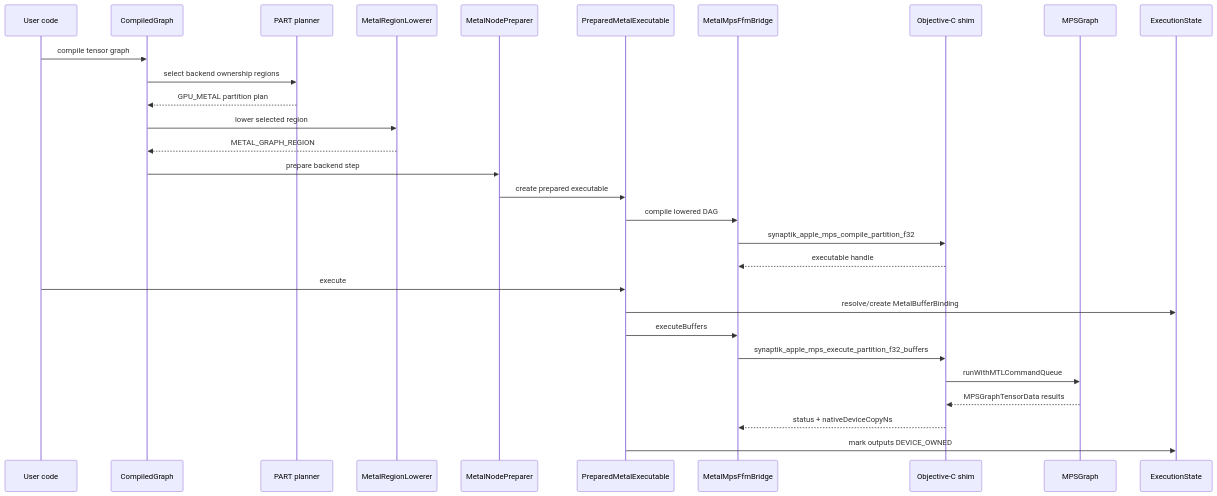
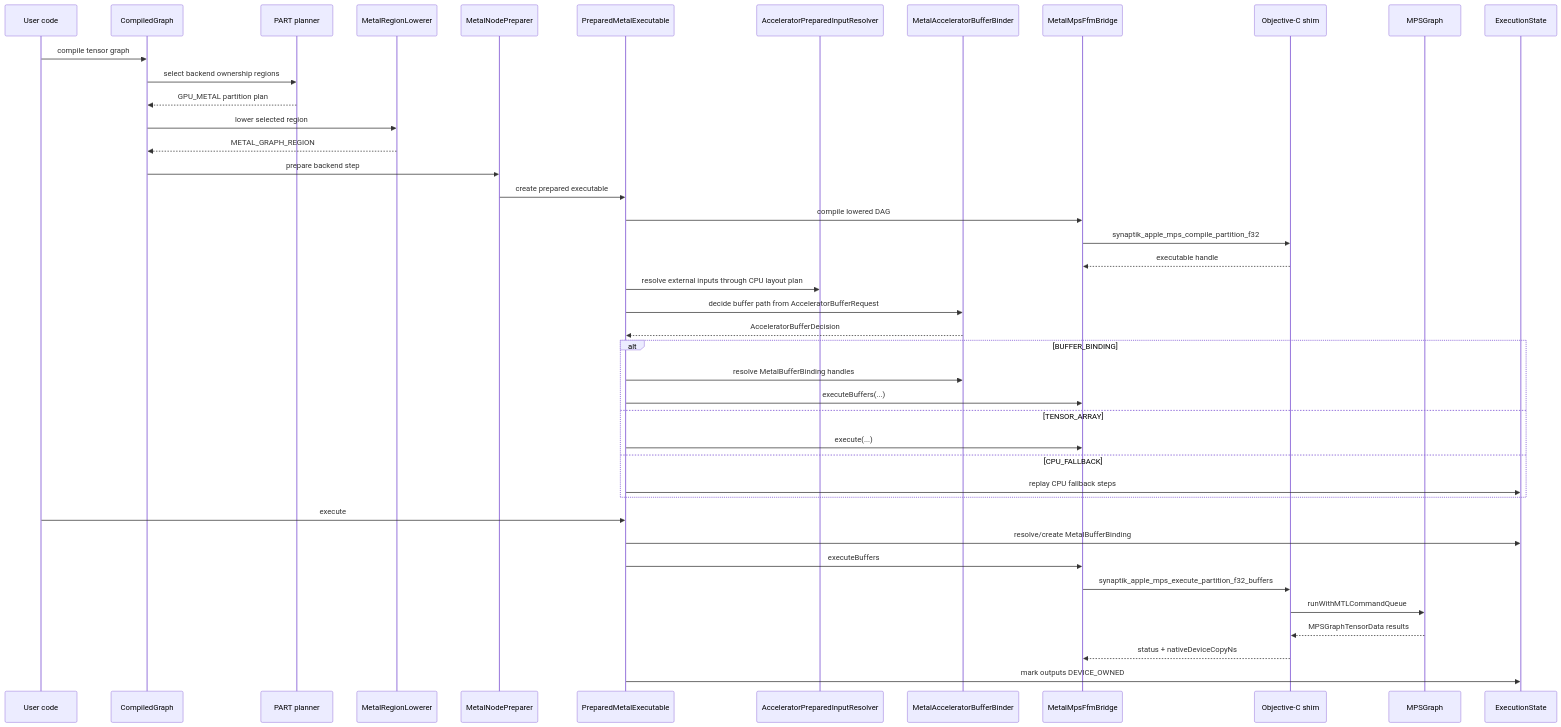
Before and after one commit to pho001/Synaptik: the second of 2 diagrams in docs/metal-backend.md, drawn with Mermaid. The commit also changed other lines of this file and 45 other files, not shown here.

Commit message:
accelerator: share buffer binding policy

````diff
--- a/docs/metal-backend.md
+++ b/docs/metal-backend.md
@@ -153,32 +158,45 @@
 ```mermaid
 sequenceDiagram
     participant U as User code
     participant CG as CompiledGraph
     participant PART as PART planner
     participant Lower as MetalRegionLowerer
     participant Prep as MetalNodePreparer
     participant PME as PreparedMetalExecutable
+    participant Resolver as AcceleratorPreparedInputResolver
+    participant Binder as MetalAcceleratorBufferBinder
     participant FFM as MetalMpsFfmBridge
     participant ObjC as Objective-C shim
     participant MPS as MPSGraph
     participant ES as ExecutionState
 
     U->>CG: compile tensor graph
     CG->>PART: select backend ownership regions
     PART-->>CG: GPU_METAL partition plan
     CG->>Lower: lower selected region
     Lower-->>CG: METAL_GRAPH_REGION
     CG->>Prep: prepare backend step
     Prep->>PME: create prepared executable
     PME->>FFM: compile lowered DAG
     FFM->>ObjC: synaptik_apple_mps_compile_partition_f32
     ObjC-->>FFM: executable handle
+    PME->>Resolver: resolve external inputs through CPU layout plan
+    PME->>Binder: decide buffer path from AcceleratorBufferRequest
+    Binder-->>PME: AcceleratorBufferDecision
+    alt BUFFER_BINDING
+        PME->>Binder: resolve MetalBufferBinding handles
+        PME->>FFM: executeBuffers(...)
+    else TENSOR_ARRAY
+        PME->>FFM: execute(...)
+    else CPU_FALLBACK
+        PME->>ES: replay CPU fallback steps
+    end
     U->>PME: execute
     PME->>ES: resolve/create MetalBufferBinding
     PME->>FFM: executeBuffers
     FFM->>ObjC: synaptik_apple_mps_execute_partition_f32_buffers
     ObjC->>MPS: runWithMTLCommandQueue
     MPS-->>ObjC: MPSGraphTensorData results
     ObjC-->>FFM: status + nativeDeviceCopyNs
     PME->>ES: mark outputs DEVICE_OWNED
 ```
````
